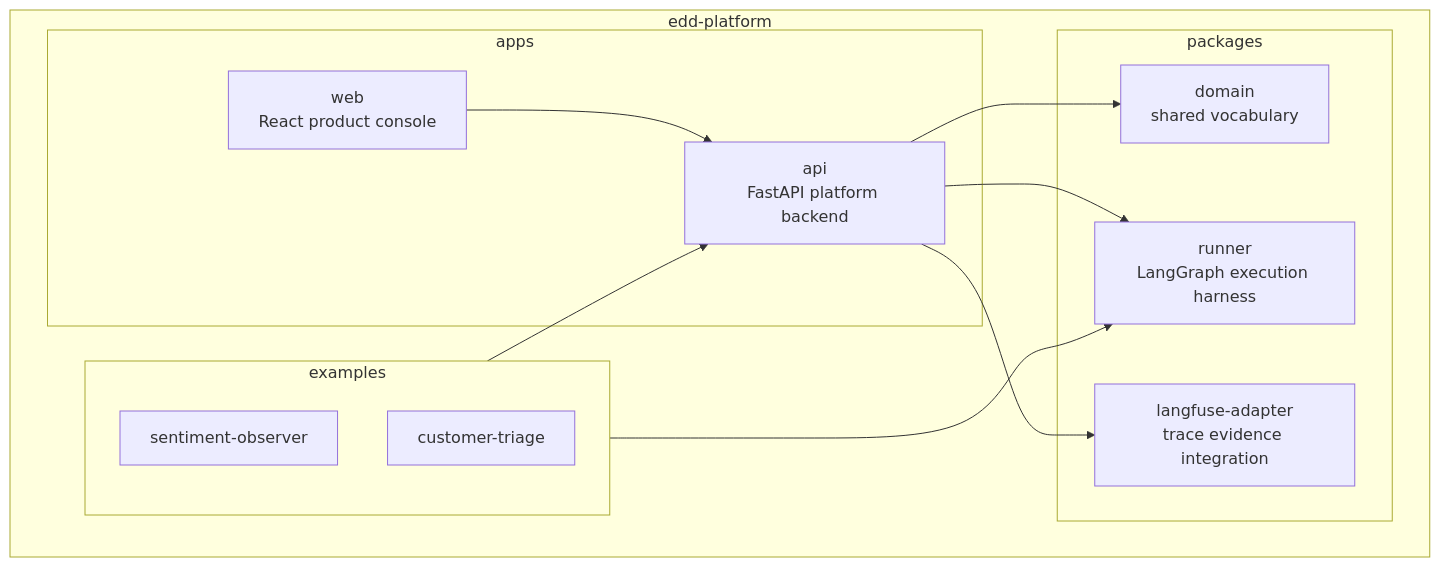
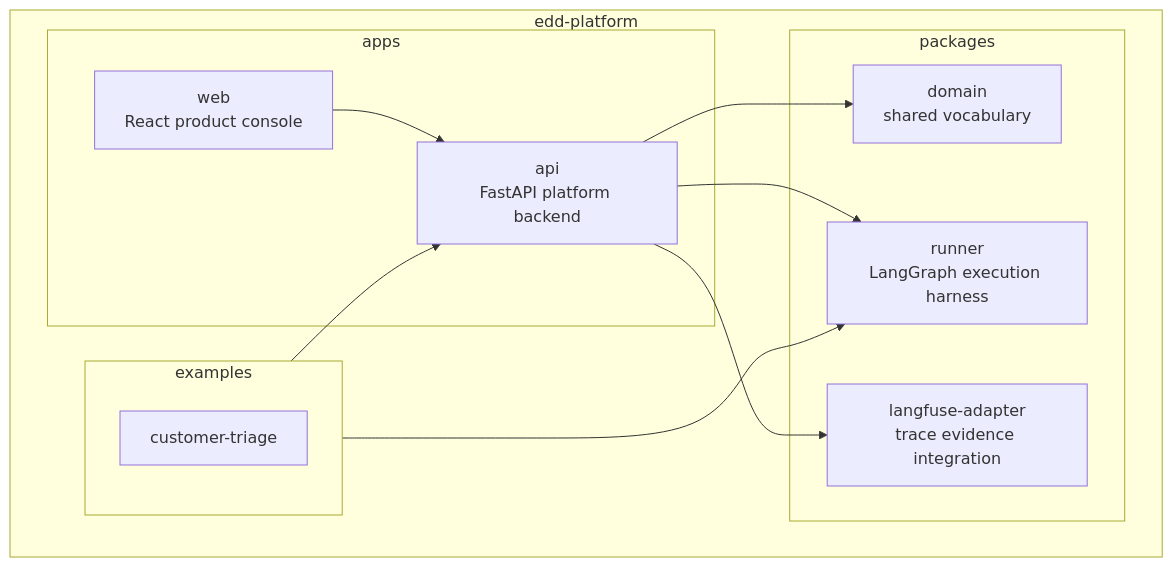
The second of 6 diagrams in docs/ARCHITECTURE.md (bfalkowski/edd-platform), drawn with Mermaid before and after one commit. The commit also changed other lines of this file and 13 other files, not shown here.

First line of the commit message:
T-1: Remove Sentiment Observer leftovers from the docs, examples and app defaults

````diff
--- a/docs/ARCHITECTURE.md
+++ b/docs/ARCHITECTURE.md
@@ -65,27 +65,26 @@
 ```mermaid
 flowchart TB
   subgraph Repo["edd-platform"]
     subgraph Apps["apps"]
       Web["web<br/>React product console"]
       Api["api<br/>FastAPI platform backend"]
     end
 
     subgraph Packages["packages"]
       Domain["domain<br/>shared vocabulary"]
       RunnerPkg["runner<br/>LangGraph execution harness"]
       LangfuseAdapter["langfuse-adapter<br/>trace evidence integration"]
     end
 
     subgraph Examples["examples"]
-      SentimentObserver["sentiment-observer"]
       CustomerTriage["customer-triage"]
     end
   end
 
   Web --> Api
   Api --> Domain
   Api --> RunnerPkg
   Api --> LangfuseAdapter
   Examples --> Api
   Examples --> RunnerPkg
 ```
````
